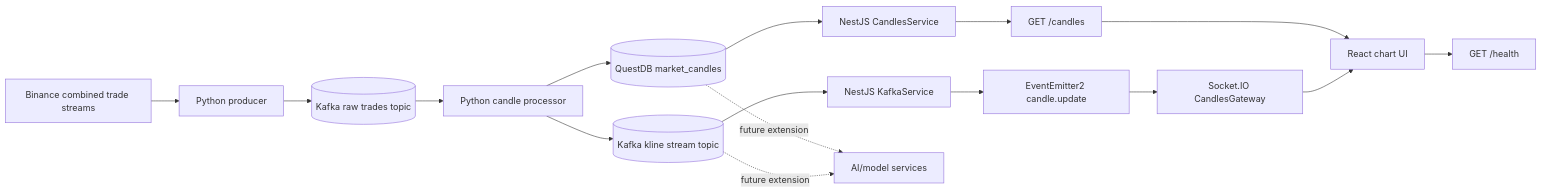
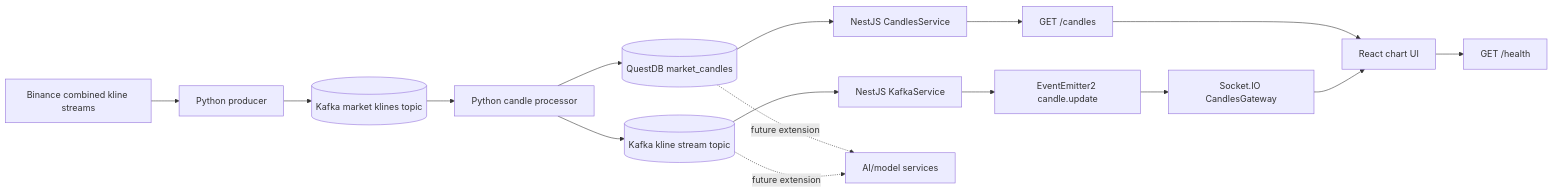
One commit to Zane-Theodore/NexTick changed the diagram in README.md. Above: the diagram before and after it, drawn with Mermaid. The commit also changed other lines of this file and 3 other files, not shown here.

````diff
--- a/README.md
+++ b/README.md
@@ -24,21 +24,21 @@
 ```mermaid
 flowchart LR
-  binance["Binance combined trade streams"] --> producer["Python producer"]
-  producer --> raw[("Kafka raw trades topic")]
-  raw --> processor["Python candle processor"]
+  binance["Binance combined kline streams"] --> producer["Python producer"]
+  producer --> marketKlines[("Kafka market klines topic")]
+  marketKlines --> processor["Python candle processor"]
   processor --> questdb[("QuestDB market_candles")]
   processor --> kline[("Kafka kline stream topic")]
 
   questdb --> backendRest["NestJS CandlesService"]
   backendRest --> rest["GET /candles"]
   kline --> kafkaConsumer["NestJS KafkaService"]
   kafkaConsumer --> eventBus["EventEmitter2 candle.update"]
   eventBus --> gateway["Socket.IO CandlesGateway"]
 
   rest --> frontend["React chart UI"]
   gateway --> frontend
   frontend --> health["GET /health"]
 
   questdb -. future extension .-> ai["AI/model services"]
   kline -. future extension .-> ai
 ```
````
